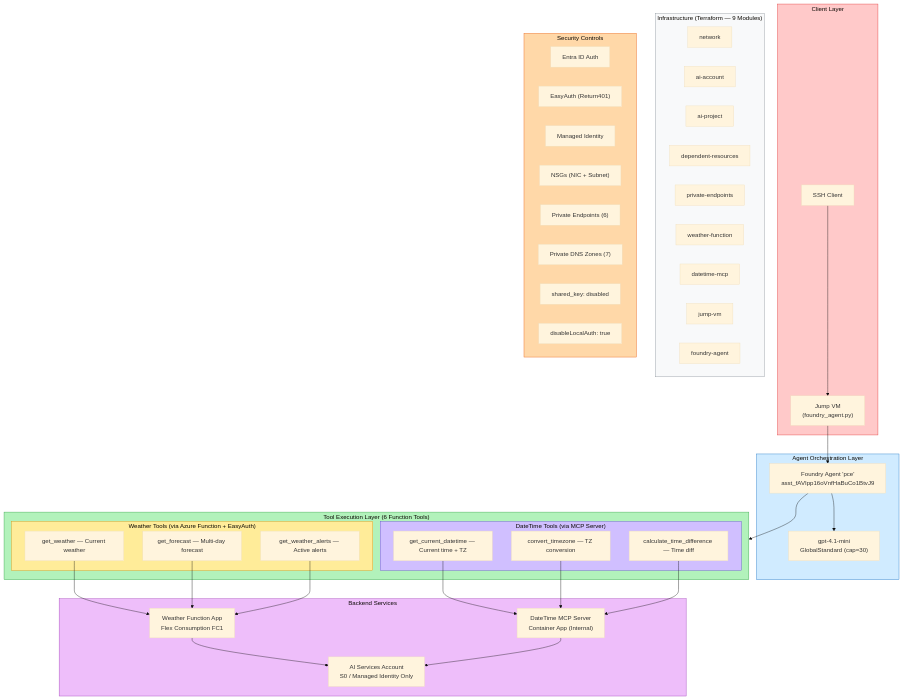
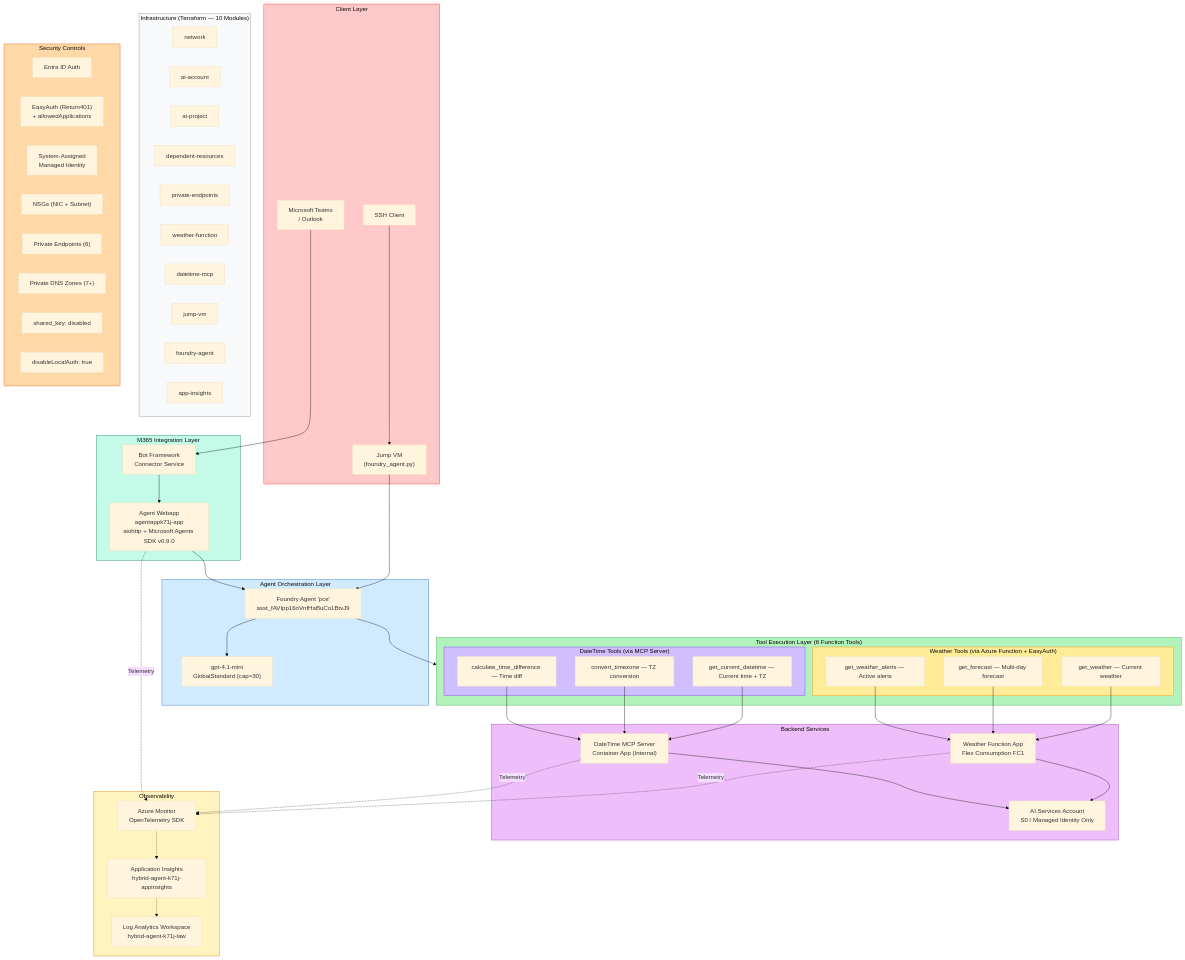
One commit to sureshpaulraj/fndry-pvnet-agent-fapp-mcp changed the second of 6 diagrams in diagrams/architecture-diagrams.md. Above: the diagram before and after it, drawn with Mermaid (base theme). The commit also changed other lines of this file and 2 other files, not shown here.

Commit message:
docs: update SETUP-GUIDE prerequisites, architecture diagrams with Agent Webapp + App Insights + Teams flow

````diff
--- a/diagrams/architecture-diagrams.md
+++ b/diagrams/architecture-diagrams.md
@@ -83,6 +110,12 @@
     subgraph ClientLayer["Client Layer"]
         SSH["SSH Client"]
         VM["Jump VM<br/>(foundry_agent.py)"]
+        Teams["Microsoft Teams<br/>/ Outlook"]
+    end
+
+    subgraph M365Layer["M365 Integration Layer"]
+        BotConnector["Bot Framework<br/>Connector Service"]
+        AgentWebapp["Agent Webapp<br/>agentappk71j-app<br/>aiohttp + Microsoft Agents SDK v0.9.0"]
     end
 
     subgraph AgentLayer["Agent Orchestration Layer"]
@@ -109,7 +142,7 @@
         ContainerApp["DateTime MCP Server<br/>Container App (Internal)"]
     end
 
-    subgraph InfraLayer["Infrastructure (Terraform — 9 Modules)"]
+    subgraph InfraLayer["Infrastructure (Terraform — 10 Modules)"]
         M1["network"]
         M2["ai-account"]
         M3["ai-project"]
@@ -119,21 +152,31 @@
         M7["datetime-mcp"]
         M8["jump-vm"]
         M9["foundry-agent"]
+        M10["app-insights"]
+    end
+
+    subgraph ObsLayer["Observability"]
+        AppInsights["Application Insights<br/>hybrid-agent-k71j-appinsights"]
+        LAW["Log Analytics Workspace<br/>hybrid-agent-k71j-law"]
+        OTel["Azure Monitor<br/>OpenTelemetry SDK"]
     end
 
     subgraph SecurityLayer["Security Controls"]
         Entra["Entra ID Auth"]
-        EasyAuth["EasyAuth (Return401)"]
-        ManagedId["Managed Identity"]
+        EasyAuth["EasyAuth (Return401)<br/>+ allowedApplications"]
+        ManagedId["System-Assigned<br/>Managed Identity"]
         NSG["NSGs (NIC + Subnet)"]
         PE["Private Endpoints (6)"]
-        DNS["Private DNS Zones (7)"]
+        DNS["Private DNS Zones (7+)"]
         NoSharedKey["shared_key: disabled"]
         NoLocalAuth["disableLocalAuth: true"]
     end
 
     SSH --> VM
+    Teams --> BotConnector
+    BotConnector --> AgentWebapp
     VM --> FoundryAgent
+    AgentWebapp --> FoundryAgent
     FoundryAgent --> GPT
     FoundryAgent --> ToolLayer
     T1 & T2 & T3 --> FuncApp
@@ -141,12 +184,20 @@
     FuncApp --> AISvc
     ContainerApp --> AISvc
 
+    AgentWebapp -.->|"Telemetry"| OTel
+    FuncApp -.->|"Telemetry"| OTel
+    ContainerApp -.->|"Telemetry"| OTel
+    OTel -.-> AppInsights
+    AppInsights -.-> LAW
+
     style ClientLayer fill:#ffc9c9,stroke:#e03131
+    style M365Layer fill:#c3fae8,stroke:#087f5b
     style AgentLayer fill:#d0ebff,stroke:#1971c2
     style ToolLayer fill:#b2f2bb,stroke:#2f9e44
     style WeatherTools fill:#ffec99,stroke:#f08c00
     style DateTimeTools fill:#d0bfff,stroke:#6741d9
     style BackendLayer fill:#eebefa,stroke:#9c36b5
     style InfraLayer fill:#f8f9fa,stroke:#868e96
+    style ObsLayer fill:#fff3bf,stroke:#e67700
     style SecurityLayer fill:#ffd8a8,stroke:#e8590c
 ```
````
